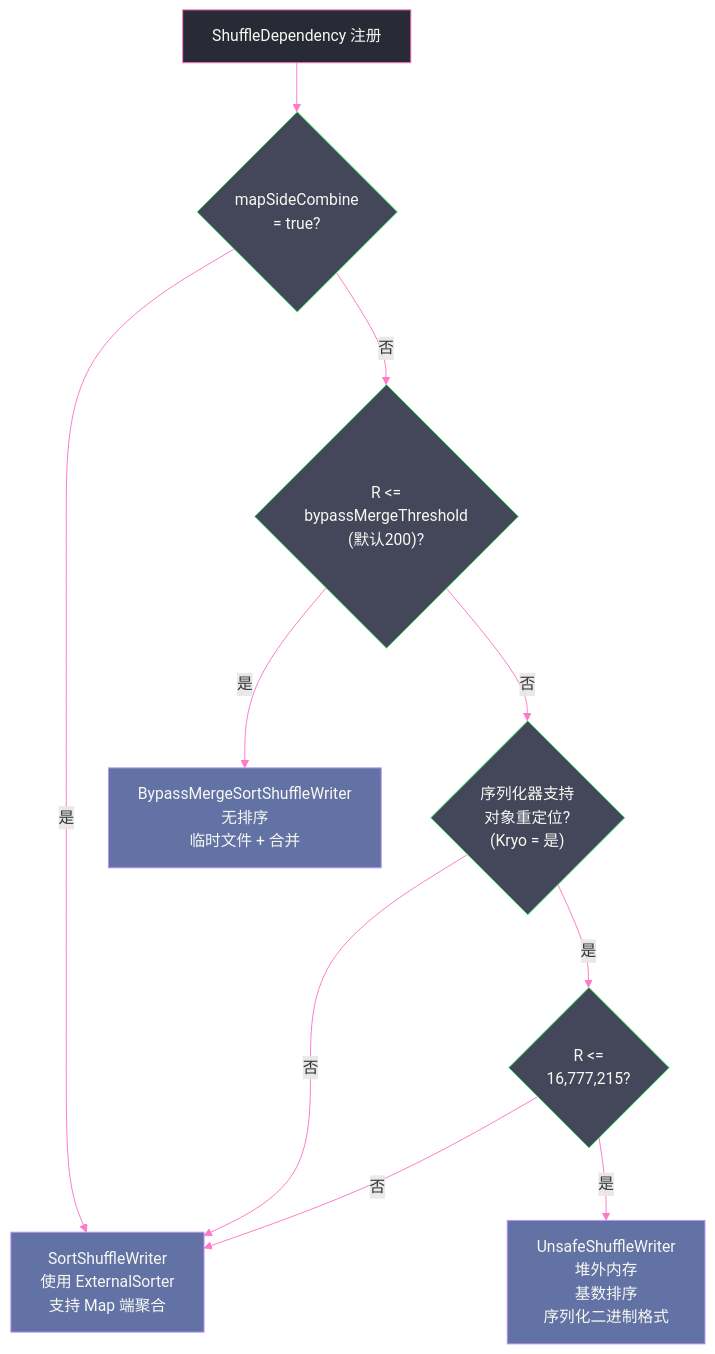
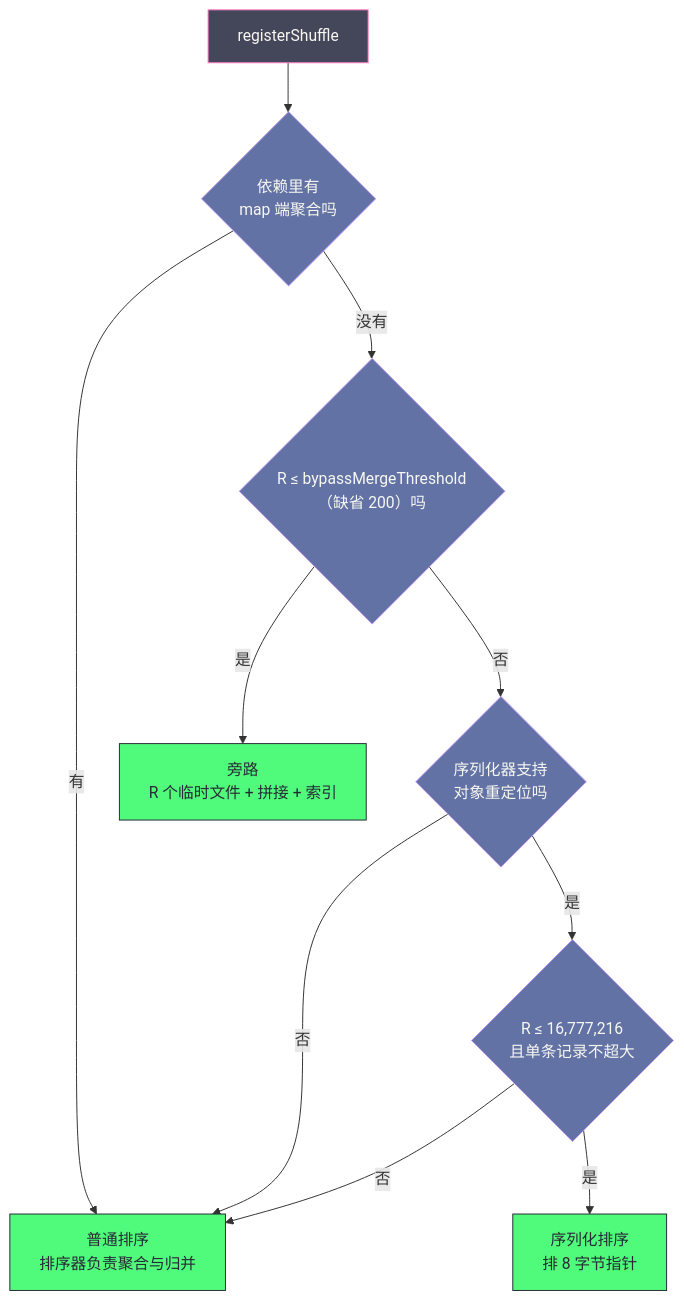
Before and after one commit to hpliStartAgain/my-brain: the third of 4 diagrams in content/大数据/Spark/Spark-Shuffle与内存管理机制深度解析/03 Sort Shuffle 的崛起：统一写出模型.md, drawn with Mermaid. The commit also changed other lines of this file and 455 other files, not shown here.

````diff
--- a/content/大数据/Spark/Spark-Shuffle与内存管理机制深度解析/03 Sort Shuffle 的崛起：统一写出模型.md
+++ b/content/大数据/Spark/Spark-Shuffle与内存管理机制深度解析/03 Sort Shuffle 的崛起：统一写出模型.md
@@ -341,21 +190,19 @@
 ```mermaid
-%%{init: {"theme": "dracula", "themeVariables": {"primaryColor": "#6272a4", "primaryTextColor": "#f8f8f2", "primaryBorderColor": "#bd93f9", "lineColor": "#ff79c6", "secondaryColor": "#44475a", "tertiaryColor": "#282a36"}}}%%
-graph TD
-    Start["ShuffleDependency 注册"] --> Q1{"mapSideCombine</br>= true?"}
-    Q1 -- "是" --> SW["SortShuffleWriter</br>使用 ExternalSorter</br>支持 Map 端聚合"]
-    Q1 -- "否" --> Q2{"R <=</br>bypassMergeThreshold</br>(默认200)?"}
-    Q2 -- "是" --> BW["BypassMergeSortShuffleWriter</br>无排序</br>临时文件 + 合并"]
-    Q2 -- "否" --> Q3{"序列化器支持</br>对象重定位?</br>(Kryo = 是)"}
-    Q3 -- "否" --> SW
-    Q3 -- "是" --> Q4{"R <=</br>16,777,215?"}
-    Q4 -- "否" --> SW
-    Q4 -- "是" --> UW["UnsafeShuffleWriter</br>堆外内存</br>基数排序</br>序列化二进制格式"]
-
-    classDef writer fill:#6272a4,stroke:#bd93f9,color:#f8f8f2
-    classDef decision fill:#44475a,stroke:#50fa7b,color:#f8f8f2
-    classDef start fill:#282a36,stroke:#ff79c6,color:#f8f8f2
-
-    class BW,UW,SW writer
-    class Q1,Q2,Q3,Q4 decision
-    class Start start
+%%{init: {'theme': 'dracula'}}%%
+flowchart TD
+    S["registerShuffle"] --> Q1{"依赖里有<br/>map 端聚合吗"}
+    Q1 -- "有" --> P3["普通排序<br/>排序器负责聚合与归并"]
+    Q1 -- "没有" --> Q2{"R ≤ bypassMergeThreshold<br/>（缺省 200）吗"}
+    Q2 -- "是" --> P1["旁路<br/>R 个临时文件 + 拼接 + 索引"]
+    Q2 -- "否" --> Q3{"序列化器支持<br/>对象重定位吗"}
+    Q3 -- "否" --> P3
+    Q3 -- "是" --> Q4{"R ≤ 16,777,216<br/>且单条记录不超大"}
+    Q4 -- "否" --> P3
+    Q4 -- "是" --> P2["序列化排序<br/>排 8 字节指针"]
+    classDef pick fill:#50fa7b,stroke:#282a36,color:#282a36
+    classDef gate fill:#6272a4,stroke:#bd93f9,color:#f8f8f2
+    classDef conf fill:#44475a,stroke:#ff79c6,color:#f8f8f2
+    class P1,P2,P3 pick
+    class Q1,Q2,Q3,Q4 gate
+    class S conf
 ```
````
